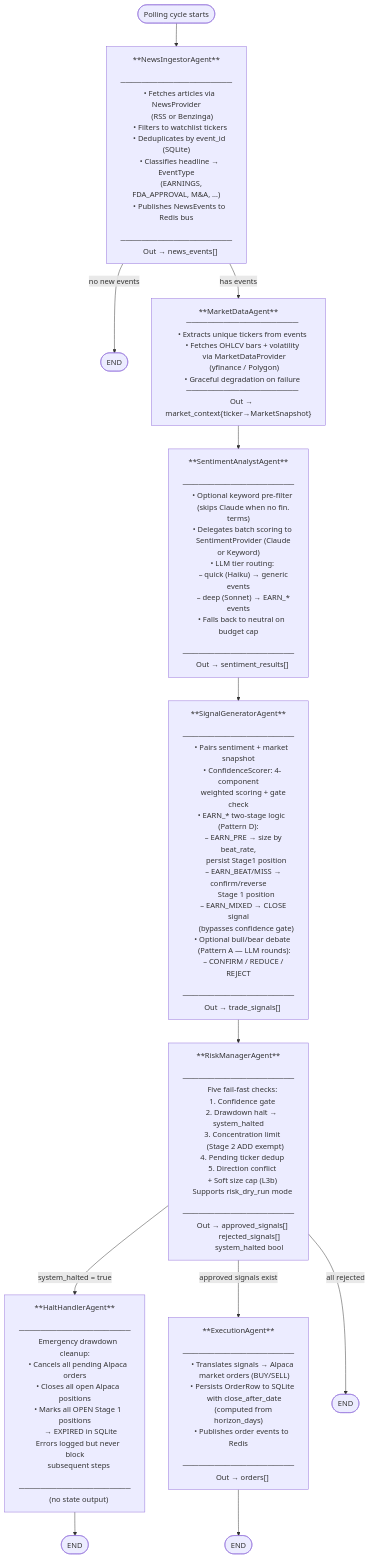
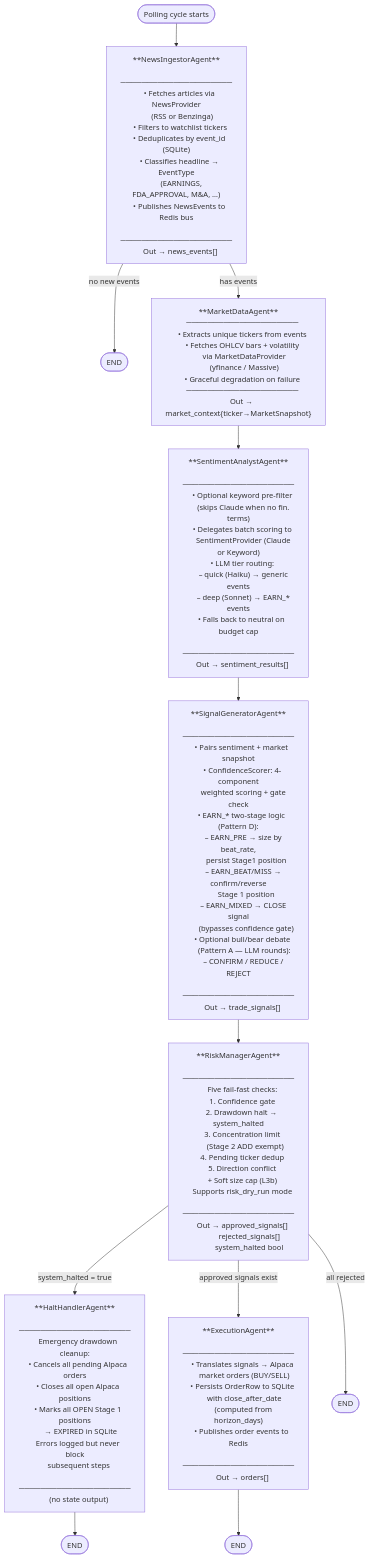
One commit to fra-l/news-trade changed the first of 2 diagrams in docs/agent-chain-diagram.md. Above: the diagram before and after it, drawn with Mermaid. The commit also changed 12 other files, not shown here.

First line of the commit message:
Rebrand Polygon.io → Massive.com across the codebase

```diff
--- a/docs/agent-chain-diagram.md
+++ b/docs/agent-chain-diagram.md
@@ -26,7 +26,7 @@
     • Extracts unique tickers from events
     • Fetches OHLCV bars + volatility
       via MarketDataProvider
-      (yfinance / Polygon)
+      (yfinance / Massive)
     • Graceful degradation on failure
     ─────────────────────
     Out → market_context{ticker→MarketSnapshot}"]
```
